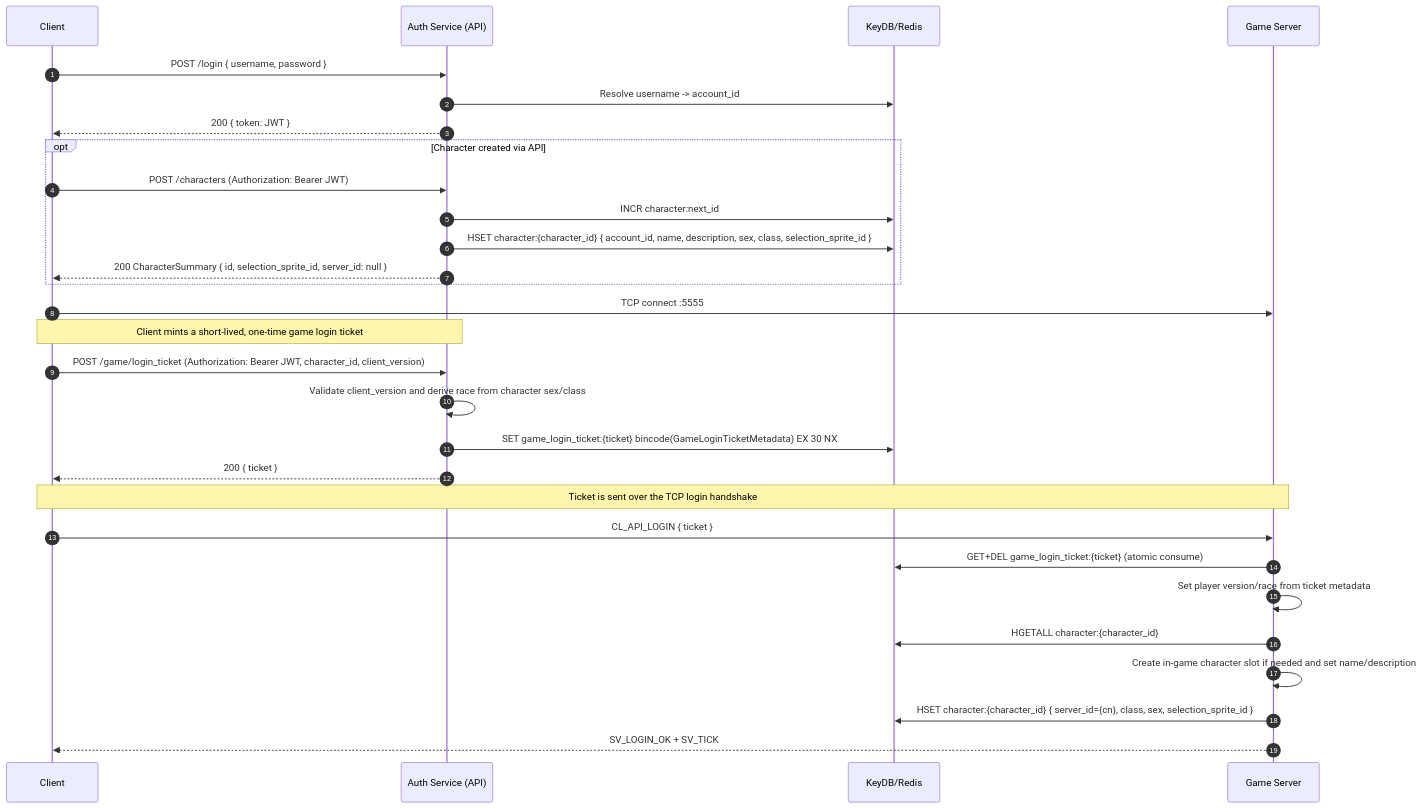
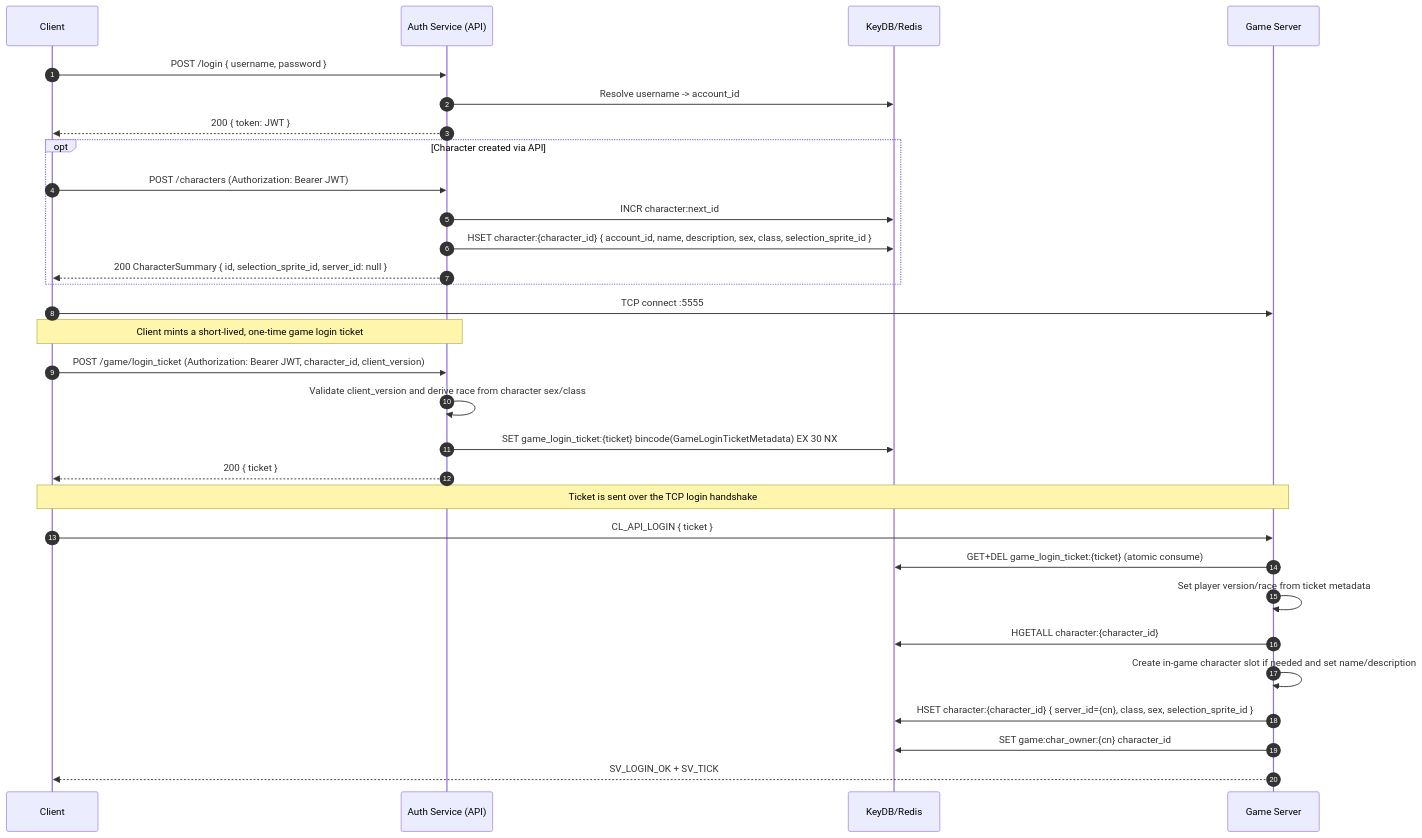
The sixth of 7 diagrams in api/README.md (engineerjames/men-among-gods-reforged), drawn with Mermaid before and after one commit. The commit also changed other lines of this file and 7 other files, not shown here.

````diff
--- a/api/README.md
+++ b/api/README.md
@@ -401,35 +403,36 @@
 ```mermaid
 sequenceDiagram
     autonumber
     participant C as Client
     participant API as Auth Service (API)
     participant DB as KeyDB/Redis
     participant GS as Game Server
 
     C->>API: POST /login { username, password }
     API->>DB: Resolve username -> account_id
     API-->>C: 200 { token: JWT }
 
     opt Character created via API
         C->>API: POST /characters (Authorization: Bearer JWT)
         API->>DB: INCR character:next_id
         API->>DB: HSET character:{character_id} { account_id, name, description, sex, class, selection_sprite_id }
         API-->>C: 200 CharacterSummary { id, selection_sprite_id, server_id: null }
     end
 
     C->>GS: TCP connect :5555
     Note over C,API: Client mints a short-lived, one-time game login ticket
     C->>API: POST /game/login_ticket (Authorization: Bearer JWT, character_id, client_version)
     API->>API: Validate client_version and derive race from character sex/class
     API->>DB: SET game_login_ticket:{ticket} bincode(GameLoginTicketMetadata) EX 30 NX
     API-->>C: 200 { ticket }
 
     Note over C,GS: Ticket is sent over the TCP login handshake
     C->>GS: CL_API_LOGIN { ticket }
     GS->>DB: GET+DEL game_login_ticket:{ticket} (atomic consume)
     GS->>GS: Set player version/race from ticket metadata
     GS->>DB: HGETALL character:{character_id}
     GS->>GS: Create in-game character slot if needed and set name/description
     GS->>DB: HSET character:{character_id} { server_id={cn}, class, sex, selection_sprite_id }
+    GS->>DB: SET game:char_owner:{cn} character_id
     GS-->>C: SV_LOGIN_OK + SV_TICK
 ```
````
